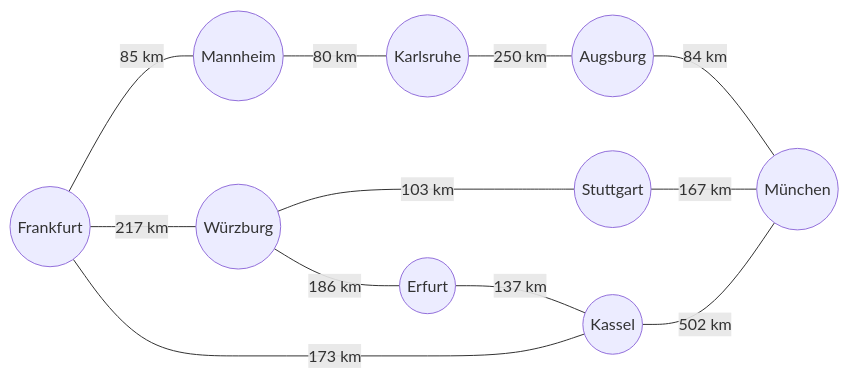
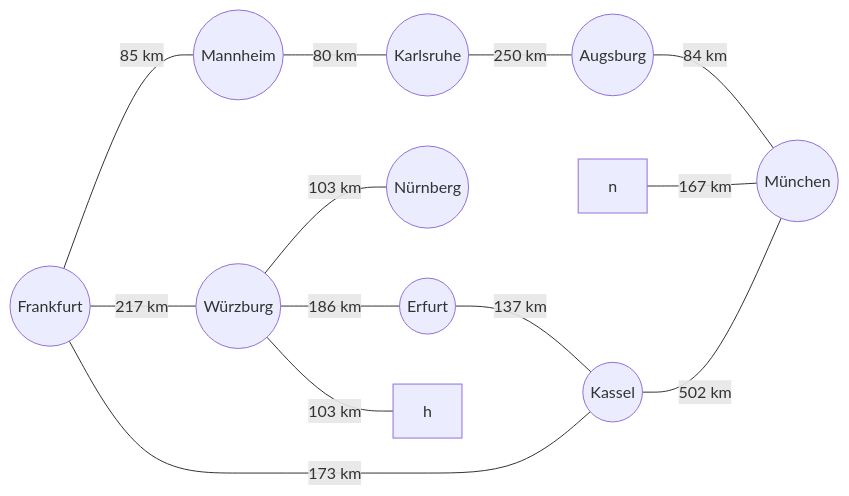
The diagram in docs/EF-Algorithmen/09-A-star/index.md (lebalz/ofi-blog), drawn with Mermaid before and after one commit. The commit also changed other lines of this file, not shown here.

````diff
--- a/docs/EF-Algorithmen/09-A-star/index.md
+++ b/docs/EF-Algorithmen/09-A-star/index.md
@@ -132,14 +132,15 @@
 ```mermaid
 flowchart LR
     a((Frankfurt))---|85 km| b((Mannheim))
     b ---|80 km| c((Karlsruhe))
     c---|250 km| d((Augsburg))
-    d ---|84 km| e((München))
-    h((Stuttgart))---|167 km| e
+    d---|84 km| e((München))
     a---|217 km| i((Würzburg))
+    i---|103 km| z((Nürnberg))
     i---|186 km| j((Erfurt))
     j---|137 km| k((Kassel))
+    n---|167 km| e
     k---|502 km| e
     a---|173 km| k
     i---|103 km| h
 ```
````
